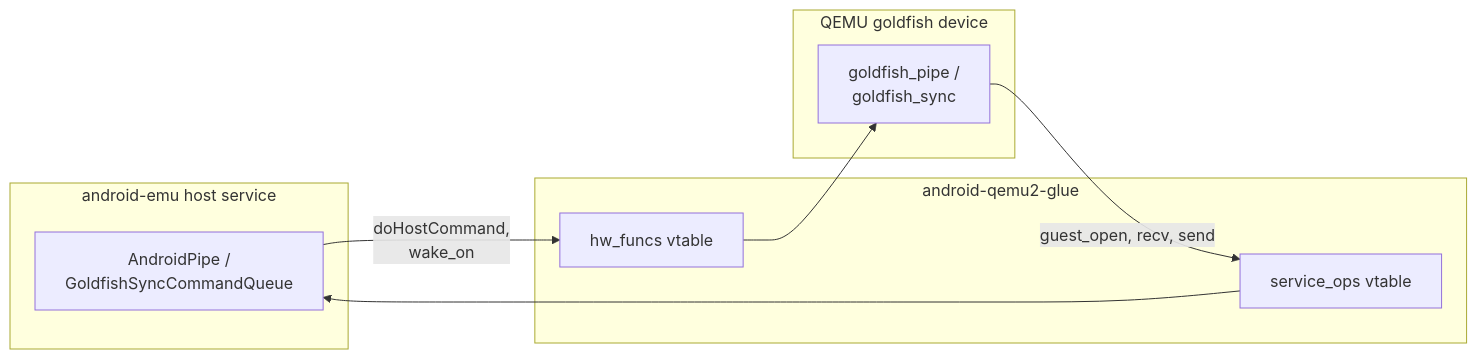
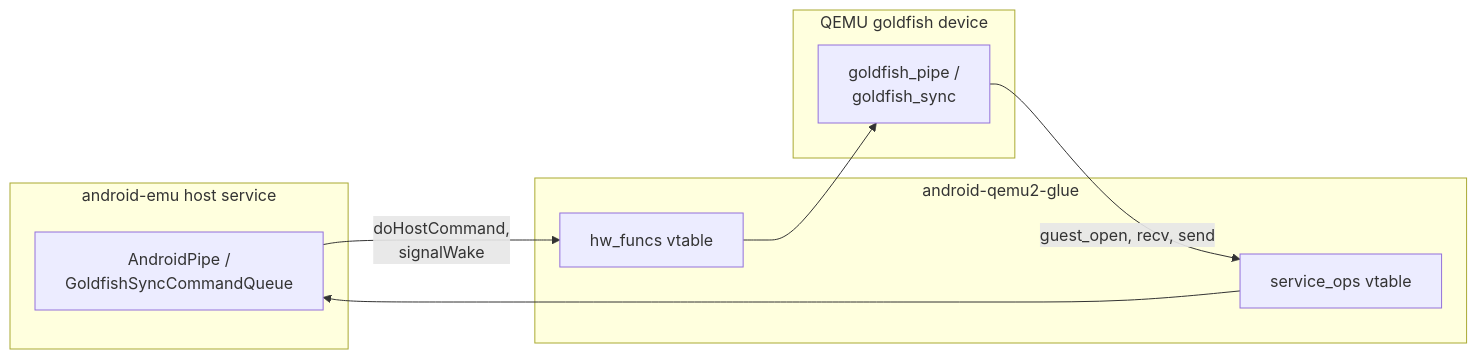
One commit to aospbooks/android-emulator-internal-book changed the fifth of 8 diagrams in 04-qemu-fork.md. Above: the diagram before and after it, drawn with Mermaid. The commit also changed other lines of this file and 21 other files, not shown here.

First line of the commit message:
Review pass: verify accuracy, fix mermaid parse error, converge chapters

````diff
--- a/04-qemu-fork.md
+++ b/04-qemu-fork.md
@@ -396,17 +396,17 @@
 ```mermaid
 graph LR
     subgraph SVC["android-emu host service"]
         S["AndroidPipe /<br/>GoldfishSyncCommandQueue"]
     end
     subgraph G["android-qemu2-glue"]
         SO["service_ops vtable"]
         HW["hw_funcs vtable"]
     end
     subgraph DEV["QEMU goldfish device"]
         D["goldfish_pipe /<br/>goldfish_sync"]
     end
     D -->|"guest_open, recv, send"| SO
     SO --> S
-    S -->|"doHostCommand,<br/>wake_on"| HW
+    S -->|"doHostCommand,<br/>signalWake"| HW
     HW --> D
 ```
````
